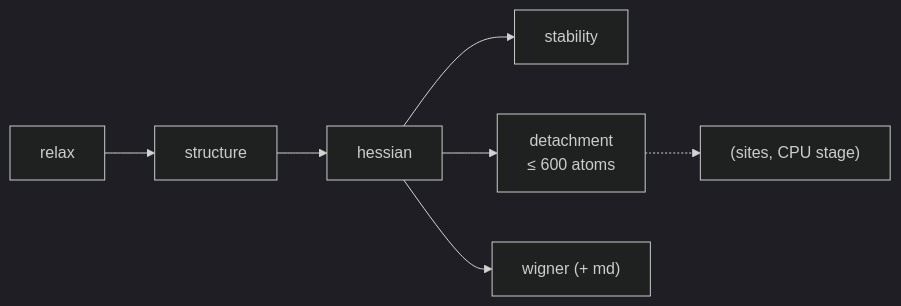
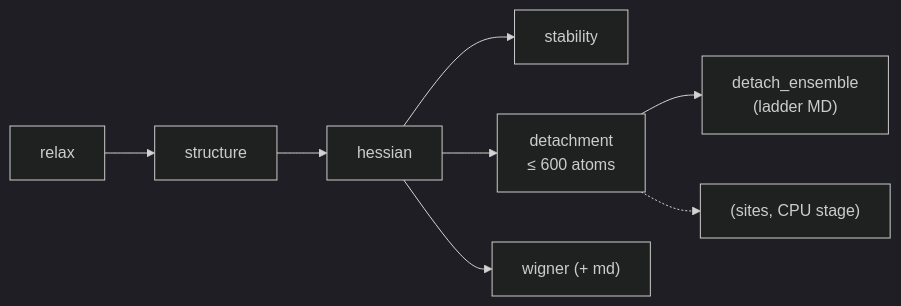
One commit to nlesc-nano/qd-workflows changed the diagram in docs/pipeline/gpu-stage.md. Above: the diagram before and after it, drawn with Mermaid (dark theme). The commit also changed other lines of this file and 1 other file, not shown here.

Commit message:
props: detach_ensemble and monomer_ensemble in the GPU stage; docs: sampling of the desorption ladder, two MD replicas

````diff
--- a/docs/pipeline/gpu-stage.md
+++ b/docs/pipeline/gpu-stage.md
@@ -6,8 +6,9 @@
 ```mermaid
 flowchart LR
     R["relax"] --> S["structure"] --> H["hessian"]
     H --> ST["stability"]
     H --> D["detachment<br/>≤ 600 atoms"]
     H --> W["wigner (+ md)"]
+    D --> DE["detach_ensemble<br/>(ladder MD)"]
     D -.-> SITES["(sites, CPU stage)"]
 ```
````
